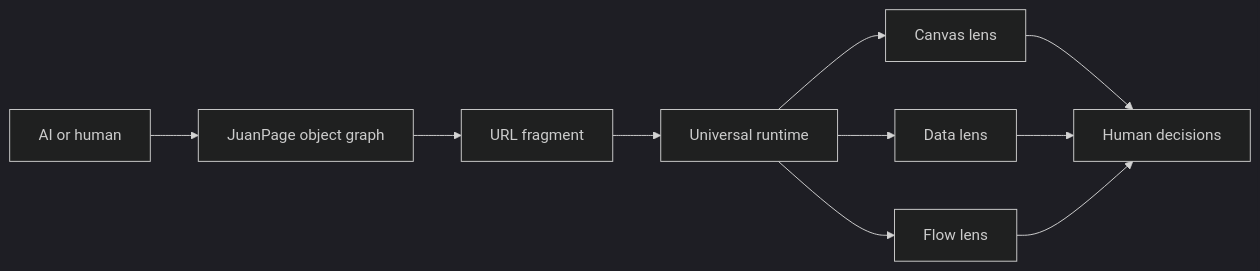
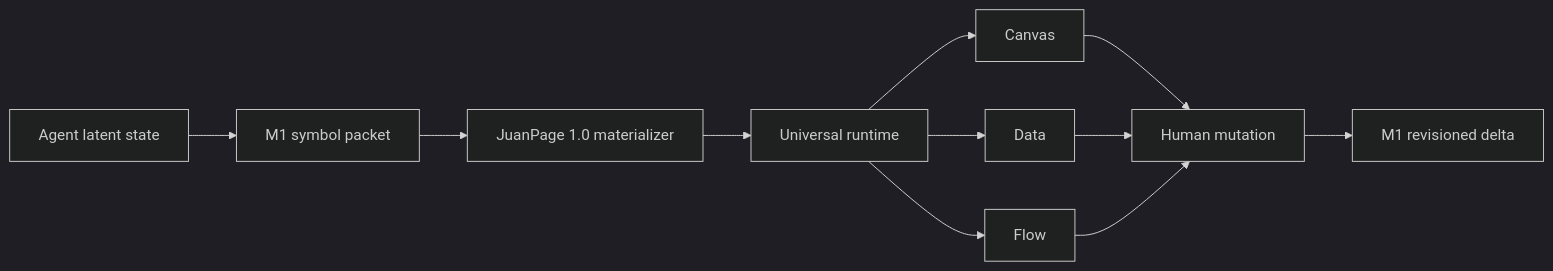
Before and after one commit to CakeRepository/JuanPage: the diagram in README.md, drawn with Mermaid (dark theme). The commit also changed other lines of this file, not shown here.

````diff
--- a/README.md
+++ b/README.md
@@ -9,12 +9,13 @@
 ```mermaid
 flowchart LR
-  A[AI or human] --> B[JuanPage object graph]
-  B --> C[URL fragment]
+  A[Agent latent state] --> B[M1 symbol packet]
+  B --> C[JuanPage 1.0 materializer]
   C --> D[Universal runtime]
-  D --> E[Canvas lens]
-  D --> F[Data lens]
-  D --> G[Flow lens]
-  E --> H[Human decisions]
+  D --> E[Canvas]
+  D --> F[Data]
+  D --> G[Flow]
+  E --> H[Human mutation]
   F --> H
   G --> H
+  H --> I[M1 revisioned delta]
 ```
````
